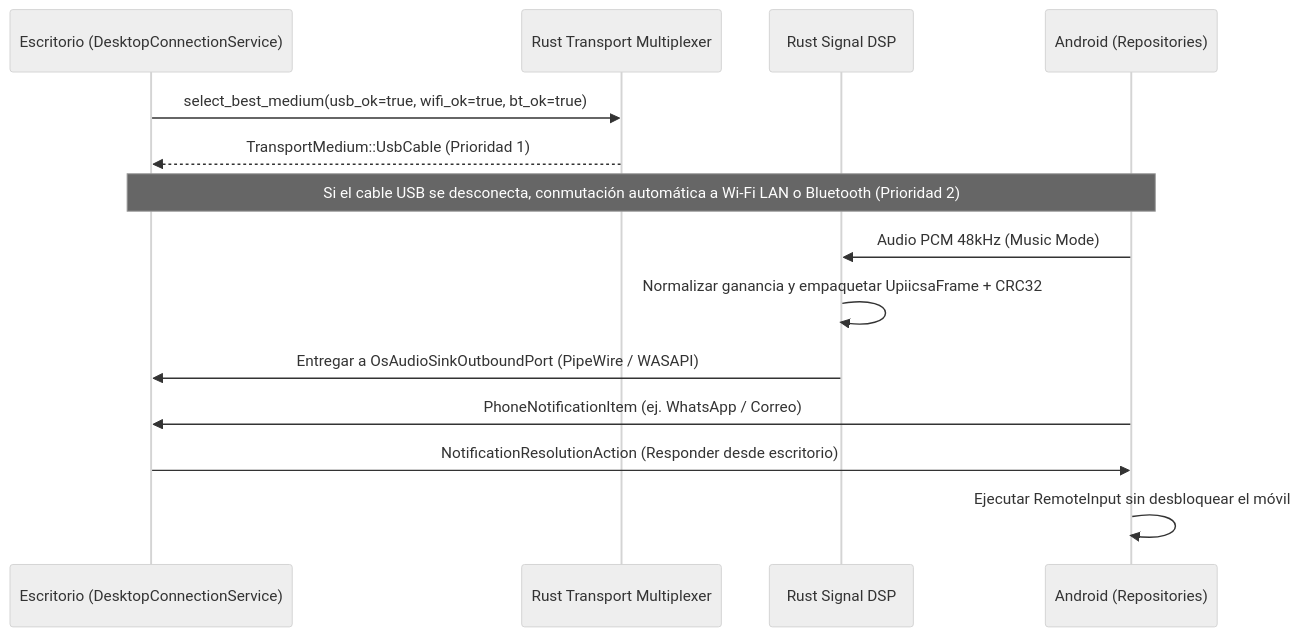
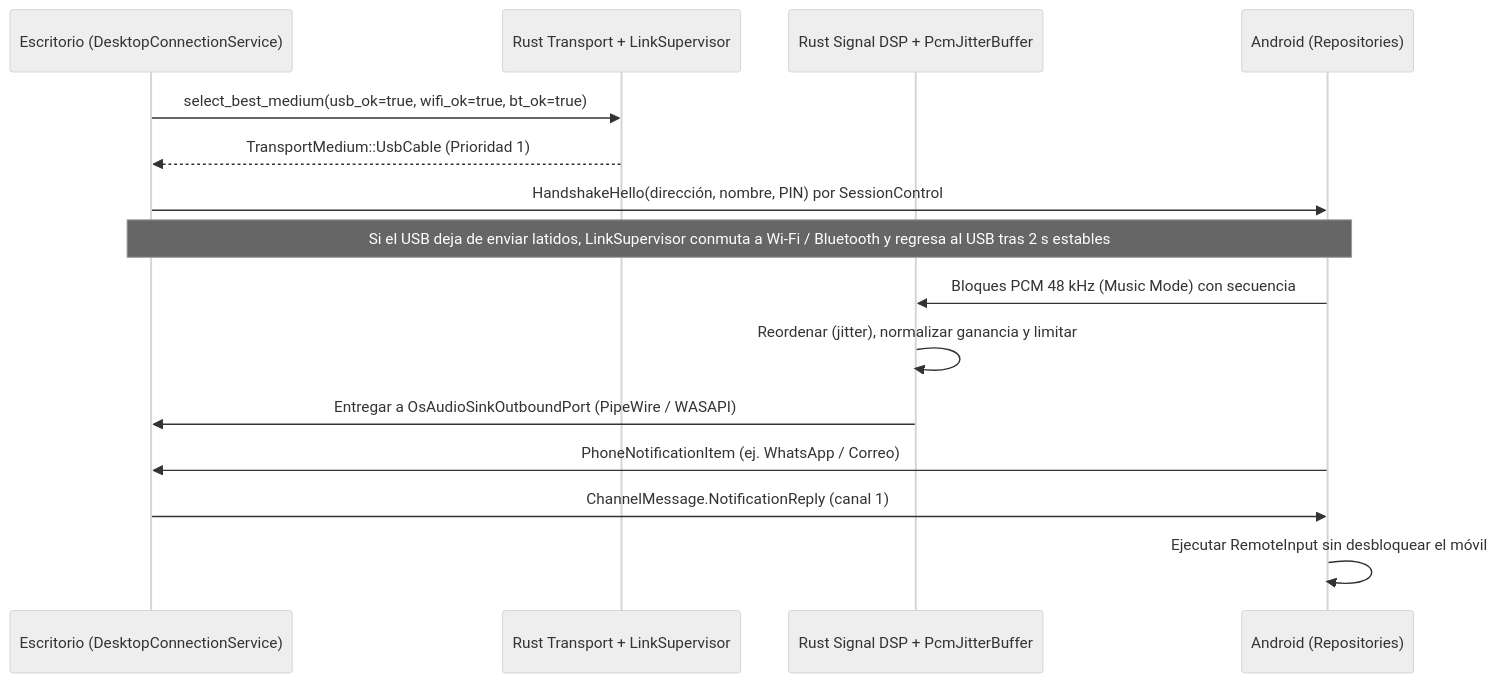
One commit to Vidruck/UPIICSA-Connect changed the second of 2 diagrams in docs/ARQUITECTURA_Y_CAPAS.md. Above: the diagram before and after it, drawn with Mermaid (neutral theme). The commit also changed other lines of this file and 5 other files, not shown here.

````diff
--- a/docs/ARQUITECTURA_Y_CAPAS.md
+++ b/docs/ARQUITECTURA_Y_CAPAS.md
@@ -114,19 +141,20 @@
 ```mermaid
 sequenceDiagram
     participant PC as Escritorio (DesktopConnectionService)
-    participant TR as Rust Transport Multiplexer
-    participant DSP as Rust Signal DSP
+    participant TR as Rust Transport + LinkSupervisor
+    participant DSP as Rust Signal DSP + PcmJitterBuffer
     participant Phone as Android (Repositories)
 
     PC->>TR: select_best_medium(usb_ok=true, wifi_ok=true, bt_ok=true)
     TR-->>PC: TransportMedium::UsbCable (Prioridad 1)
-    Note over Phone,PC: Si el cable USB se desconecta, conmutación automática a Wi-Fi LAN o Bluetooth (Prioridad 2)
+    PC->>Phone: HandshakeHello(dirección, nombre, PIN) por SessionControl
+    Note over Phone,PC: Si el USB deja de enviar latidos, LinkSupervisor conmuta a Wi-Fi / Bluetooth y regresa al USB tras 2 s estables
 
-    Phone->>DSP: Audio PCM 48kHz (Music Mode)
-    DSP->>DSP: Normalizar ganancia y empaquetar UpiicsaFrame + CRC32
+    Phone->>DSP: Bloques PCM 48 kHz (Music Mode) con secuencia
+    DSP->>DSP: Reordenar (jitter), normalizar ganancia y limitar
     DSP->>PC: Entregar a OsAudioSinkOutboundPort (PipeWire / WASAPI)
 
     Phone->>PC: PhoneNotificationItem (ej. WhatsApp / Correo)
-    PC->>Phone: NotificationResolutionAction (Responder desde escritorio)
+    PC->>Phone: ChannelMessage.NotificationReply (canal 1)
     Phone->>Phone: Ejecutar RemoteInput sin desbloquear el móvil
 ```
````
